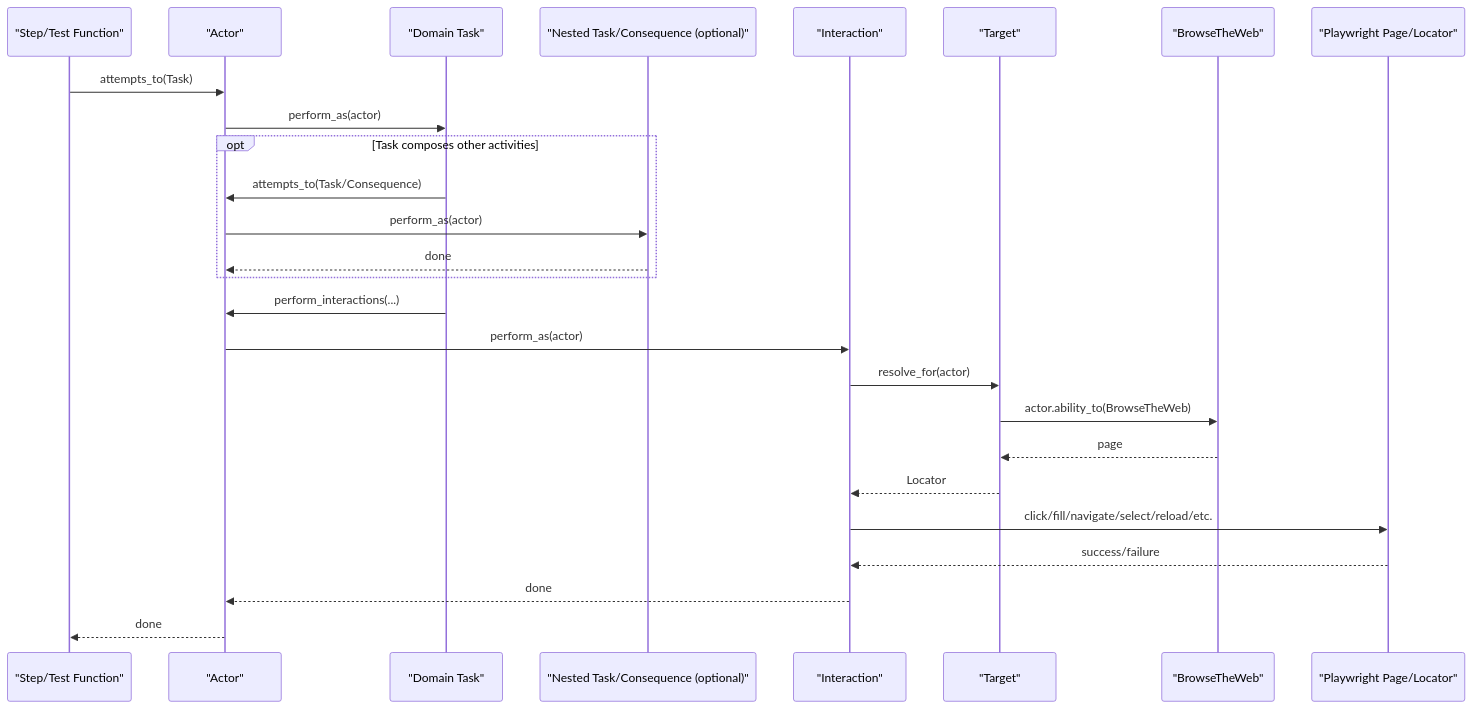
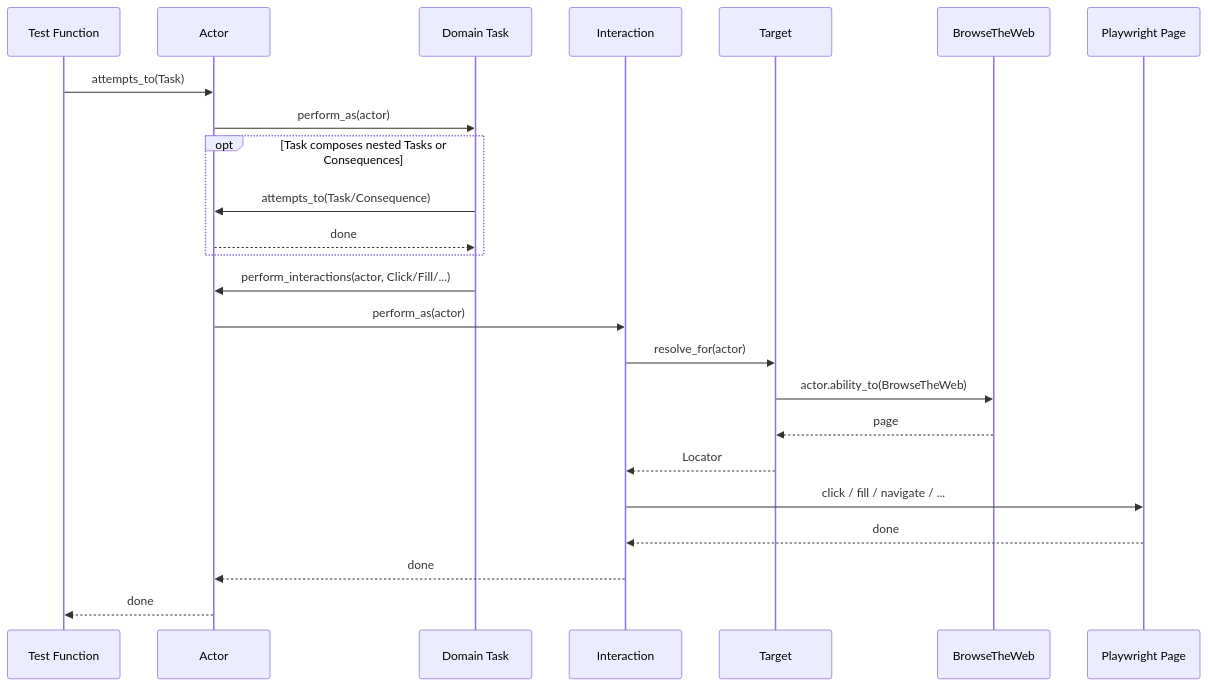
Before and after one commit to stansiris/playwright-pytest-screenplay-framework: the fourth of 8 diagrams in docs/architecture.md, drawn with Mermaid. The commit also changed other lines of this file and 4 other files, not shown here.

````diff
--- a/docs/architecture.md
+++ b/docs/architecture.md
@@ -183,29 +219,27 @@
 ```mermaid
 sequenceDiagram
-  participant TestStep as "Step/Test Function"
-  participant ScreenActor as "Actor"
-  participant DomainTask as "Domain Task"
-  participant NestedActivity as "Nested Task/Consequence (optional)"
-  participant UiInteraction as "Interaction"
-  participant UiTarget as "Target"
-  participant WebAbility as "BrowseTheWeb"
-  participant PWRuntime as "Playwright Page/Locator"
+  participant Test as Test Function
+  participant A as Actor
+  participant DomainTask as Domain Task
+  participant Interaction
+  participant Target
+  participant BrowseTheWeb
+  participant Playwright as Playwright Page
 
-  TestStep->>ScreenActor: attempts_to(Task)
-  ScreenActor->>DomainTask: perform_as(actor)
-  opt Task composes other activities
-    DomainTask->>ScreenActor: attempts_to(Task/Consequence)
-    ScreenActor->>NestedActivity: perform_as(actor)
-    NestedActivity-->>ScreenActor: done
+  Test->>A: attempts_to(Task)
+  A->>DomainTask: perform_as(actor)
+  opt Task composes nested Tasks or Consequences
+    DomainTask->>A: attempts_to(Task/Consequence)
+    A-->>DomainTask: done
   end
-  DomainTask->>ScreenActor: perform_interactions(...)
-  ScreenActor->>UiInteraction: perform_as(actor)
-  UiInteraction->>UiTarget: resolve_for(actor)
-  UiTarget->>WebAbility: actor.ability_to(BrowseTheWeb)
-  WebAbility-->>UiTarget: page
-  UiTarget-->>UiInteraction: Locator
-  UiInteraction->>PWRuntime: click/fill/navigate/select/reload/etc.
-  PWRuntime-->>UiInteraction: success/failure
-  UiInteraction-->>ScreenActor: done
-  ScreenActor-->>TestStep: done
+  DomainTask->>A: perform_interactions(actor, Click/Fill/...)
+  A->>Interaction: perform_as(actor)
+  Interaction->>Target: resolve_for(actor)
+  Target->>BrowseTheWeb: actor.ability_to(BrowseTheWeb)
+  BrowseTheWeb-->>Target: page
+  Target-->>Interaction: Locator
+  Interaction->>Playwright: click / fill / navigate / ...
+  Playwright-->>Interaction: done
+  Interaction-->>A: done
+  A-->>Test: done
 ```
````
